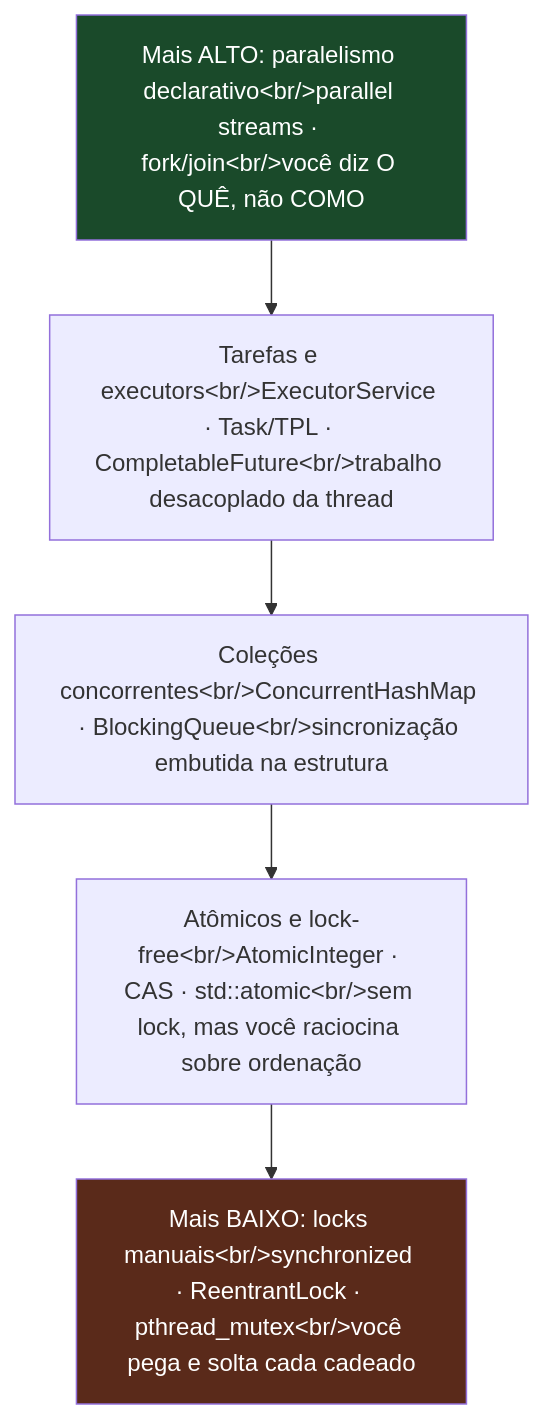
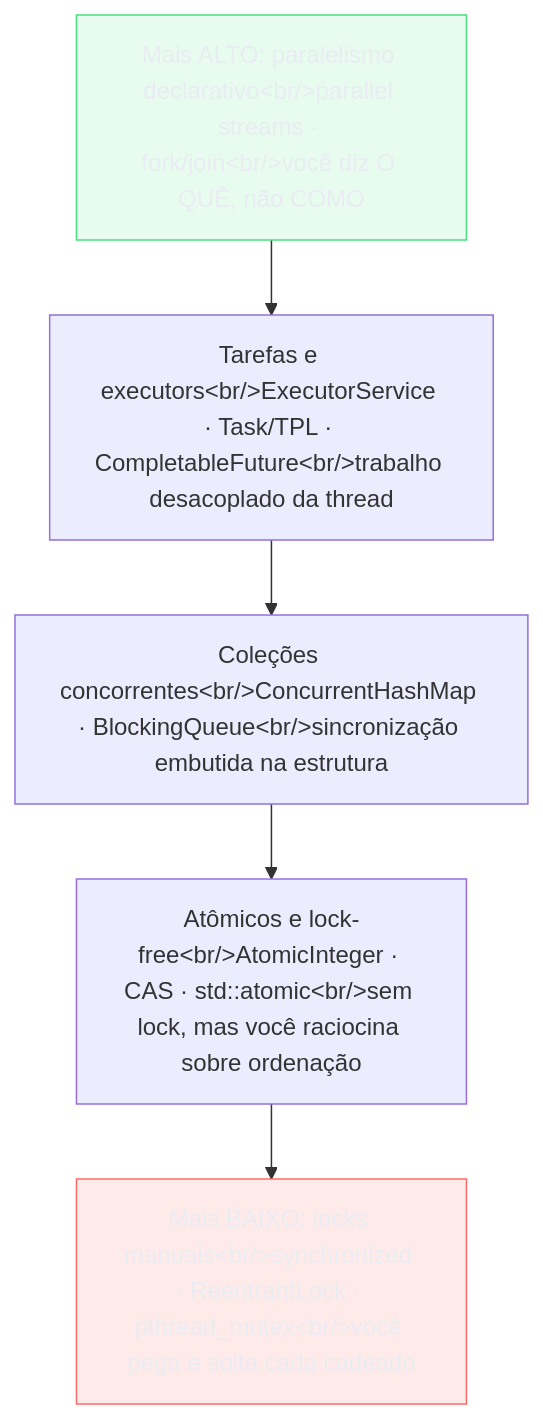
The fourth of 6 diagrams in 03-Dominios/Ciência/Concorrência e Paralelismo/10 - Memória compartilhada com threads e locks.md (josenaldo/codex-technomanticus), drawn with Mermaid before and after one commit. The commit also changed other lines of this file and 1181 other files, not shown here.

First line of the commit message:
fix(diagramas): paleta do sistema no lugar de cor cravada no markdown

````diff
--- a/03-Dominios/Ciência/Concorrência e Paralelismo/10 - Memória compartilhada com threads e locks.md
+++ b/03-Dominios/Ciência/Concorrência e Paralelismo/10 - Memória compartilhada com threads e locks.md
@@ -192,11 +196,13 @@
 ```mermaid
 flowchart TB
+    classDef ok fill:#4ADE8021,stroke:#4ADE80,color:#E9ECF2
+    classDef falha fill:#FF6B6B24,stroke:#FF6B6B,color:#E9ECF2
     L5["Mais ALTO: paralelismo declarativo&lt;br/&gt;parallel streams · fork/join&lt;br/&gt;você diz O QUÊ, não COMO"]
     L4["Tarefas e executors&lt;br/&gt;ExecutorService · Task/TPL · CompletableFuture&lt;br/&gt;trabalho desacoplado da thread"]
     L3["Coleções concorrentes&lt;br/&gt;ConcurrentHashMap · BlockingQueue&lt;br/&gt;sincronização embutida na estrutura"]
     L2["Atômicos e lock-free&lt;br/&gt;AtomicInteger · CAS · std::atomic&lt;br/&gt;sem lock, mas você raciocina sobre ordenação"]
     L1["Mais BAIXO: locks manuais&lt;br/&gt;synchronized · ReentrantLock · pthread_mutex&lt;br/&gt;você pega e solta cada cadeado"]
     L5 --> L4 --> L3 --> L2 --> L1
-    style L5 fill:#1a4a2a,color:#fff
-    style L1 fill:#5a2a1a,color:#fff
+    class L5 ok
+    class L1 falha
 ```
````
